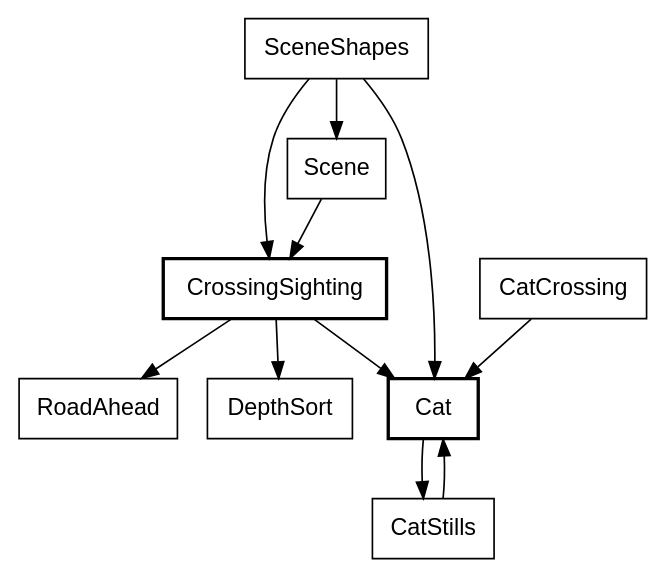
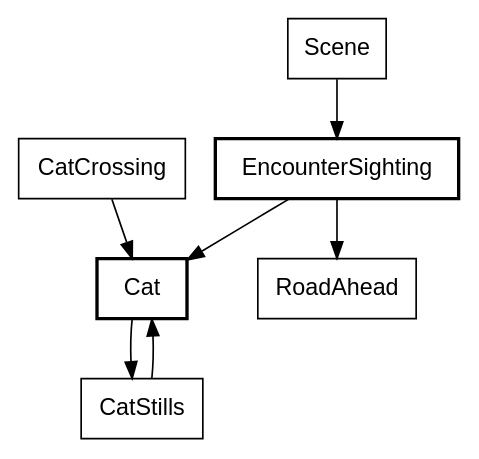
One commit to showell/roc-apps changed diagram 25 of 35 in canvas_apps/safari/tutorial/tutorial.md. Above: the diagram before and after it, drawn with Graphviz. The commit also changed other lines of this file, not shown here.

Commit message:
tutorial: the cat chapter's two diagrams name today's modules
CrossingReaction is EncounterReaction, CrossingSighting is EncounterSighting,
and SceneShapes' rendering is Scene's. Edges the imports don't hold went with
the renamed nodes: EncounterReaction -> World, EncounterSighting -> DepthSort
and SceneShapes' three. The sentence after the second diagram takes the same
names. part=tutorial, proof, page, widgets and lints.shale green.

````diff
--- a/canvas_apps/safari/tutorial/tutorial.md
+++ b/canvas_apps/safari/tutorial/tutorial.md
@@ -2260,17 +2259,13 @@
 ```dot
 digraph screen {
   node [shape=box, fontname="Helvetica"];
-  CrossingSighting [style=bold];
+  EncounterSighting [style=bold];
   Cat [style=bold];
-  SceneShapes -> Scene;
-  SceneShapes -> Cat;
-  SceneShapes -> CrossingSighting;
-  Scene -> CrossingSighting;
-  CrossingSighting -> Cat;
-  CrossingSighting -> RoadAhead;
-  CrossingSighting -> DepthSort;
+  Scene -> EncounterSighting;
+  EncounterSighting -> Cat;
+  EncounterSighting -> RoadAhead;
   CatCrossing -> Cat;
   Cat -> CatStills;
   CatStills -> Cat;
 }
 ```
````
